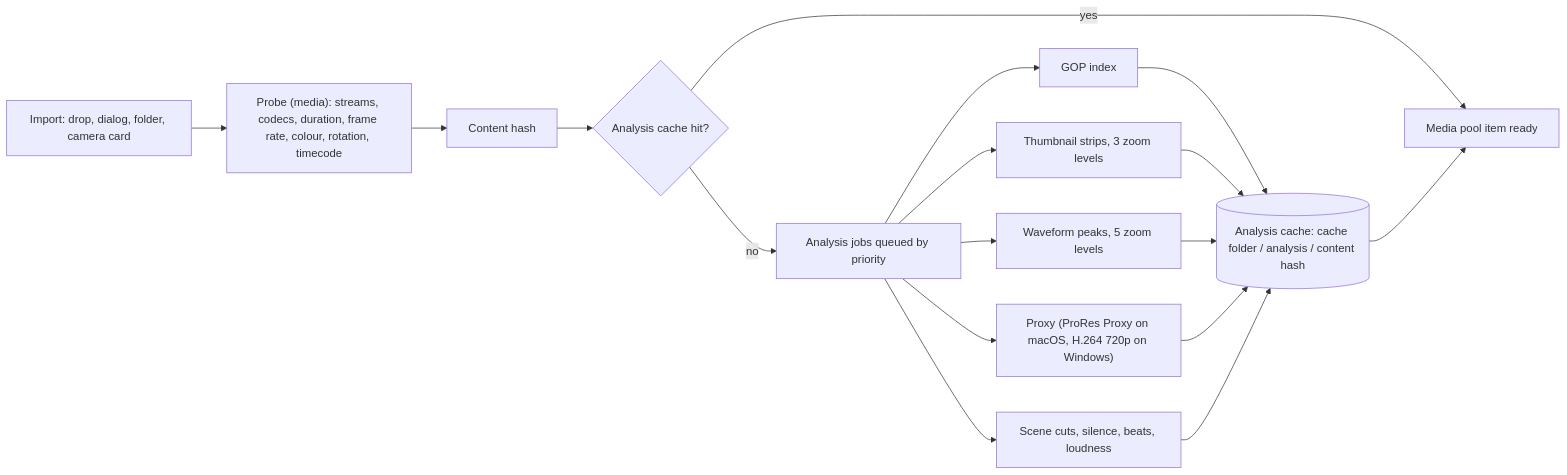
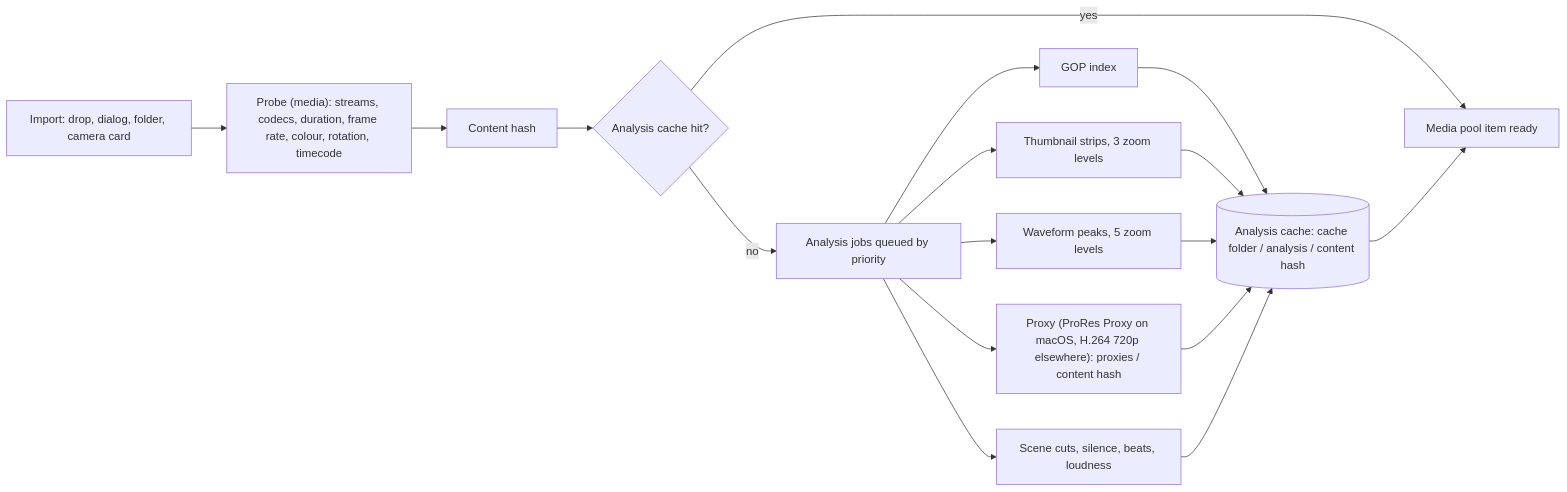
Before and after one commit to RayenTellissy/glass: the third of 6 diagrams in docs/ARCHITECTURE.md, drawn with Mermaid. The commit also changed other lines of this file and 19 other files, not shown here.

````diff
--- a/docs/ARCHITECTURE.md
+++ b/docs/ARCHITECTURE.md
@@ -184,15 +187,15 @@
 ```mermaid
 flowchart LR
     A["Import: drop, dialog, folder, camera card"] --> B["Probe (media): streams, codecs, duration, frame rate, colour, rotation, timecode"]
     B --> C["Content hash"]
     C --> D{"Analysis cache hit?"}
     D -->|yes| E["Media pool item ready"]
     D -->|no| F["Analysis jobs queued by priority"]
     F --> G["GOP index"]
     F --> H["Thumbnail strips, 3 zoom levels"]
     F --> I["Waveform peaks, 5 zoom levels"]
-    F --> J["Proxy (ProRes Proxy on macOS, H.264 720p on Windows)"]
+    F --> J["Proxy (ProRes Proxy on macOS, H.264 720p elsewhere): proxies / content hash"]
     F --> K["Scene cuts, silence, beats, loudness"]
     G & H & I & J & K --> L[("Analysis cache: cache folder / analysis / content hash")]
     L --> E
 ```
````
